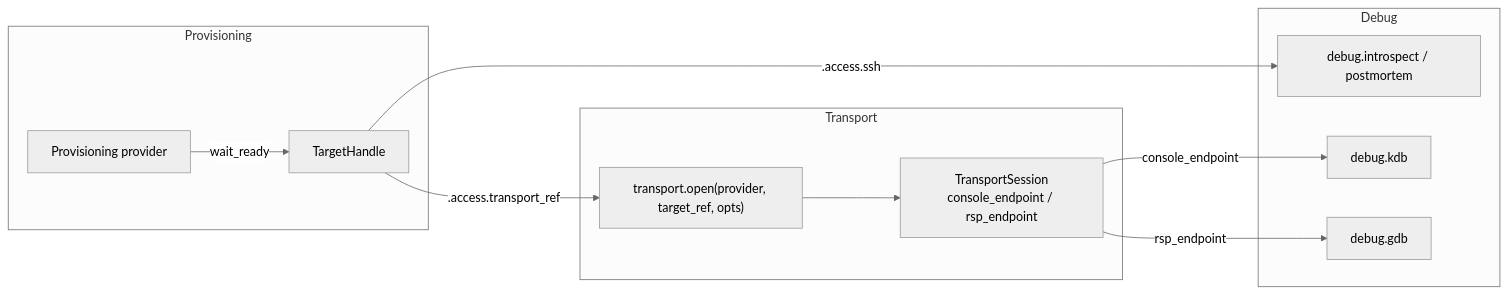
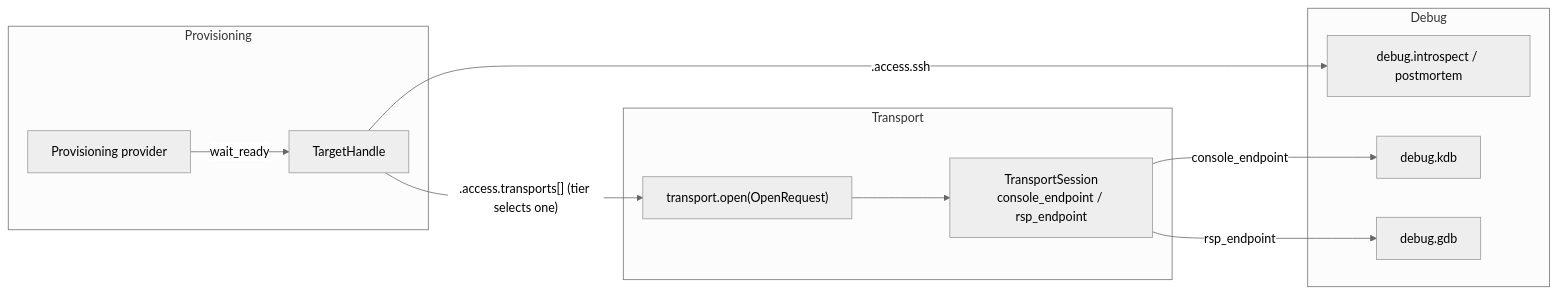
One commit to randomparity/linux-debug-mcp changed the first of 2 diagrams in docs/specs/interface-contracts.md. Above: the diagram before and after it, drawn with Mermaid (neutral theme). The commit also changed other lines of this file, not shown here.

````diff
--- a/docs/specs/interface-contracts.md
+++ b/docs/specs/interface-contracts.md
@@ -45,15 +45,15 @@
 ```mermaid
 flowchart LR
   subgraph Provisioning
     P[Provisioning provider] -->|wait_ready| TH[TargetHandle]
   end
-  TH -->|.access.transport_ref| TO["transport.open(provider, target_ref, opts)"]
+  TH -->|".access.transports[] (tier selects one)"| TO["transport.open(OpenRequest)"]
   subgraph Transport
     TO --> TS[TransportSession<br/>console_endpoint / rsp_endpoint]
   end
   subgraph Debug
     TH -->|.access.ssh| INTRO[debug.introspect / postmortem]
     TS -->|console_endpoint| KDB[debug.kdb]
     TS -->|rsp_endpoint| GDB[debug.gdb]
   end
 ```
````
